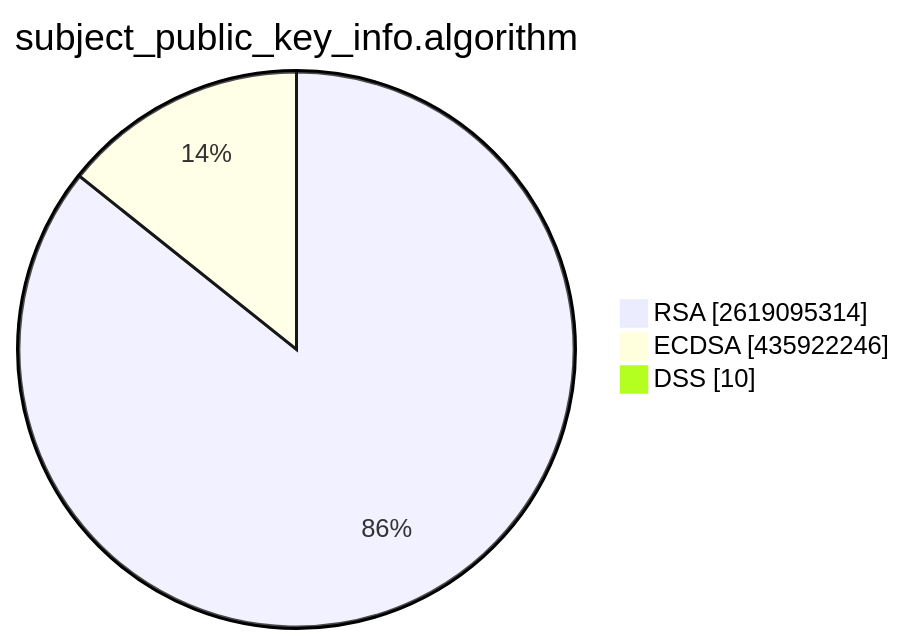
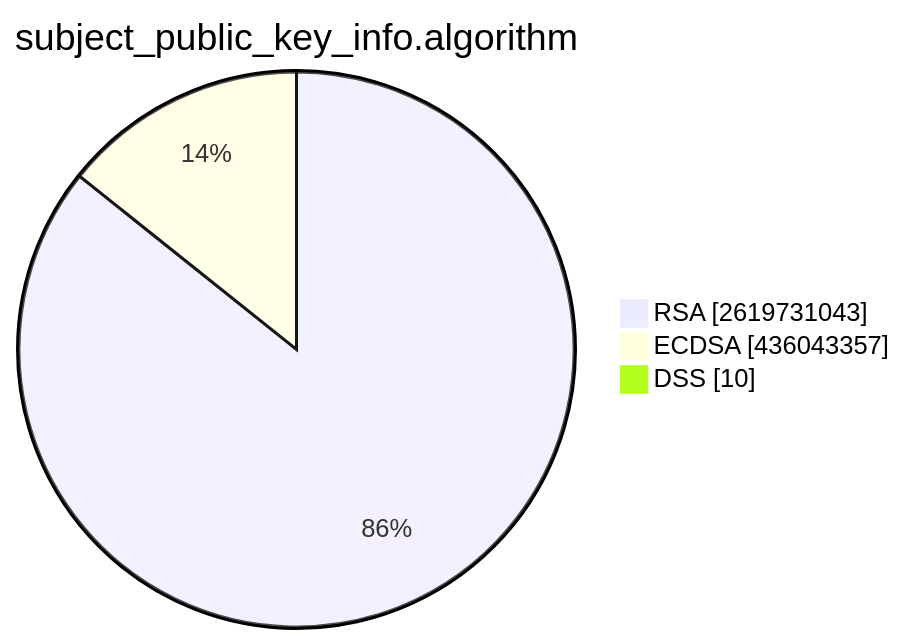
One commit to christiankrug/ctmonitor_visualization changed the second of 15 diagrams in TOTAL/README.md. Above: the diagram before and after it, drawn with Mermaid. The commit also changed other lines of this file, not shown here.

````diff
--- a/TOTAL/README.md
+++ b/TOTAL/README.md
@@ -6,7 +6,7 @@
 ```mermaid
 pie showData
 title subject_public_key_info.algorithm
-"RSA" :2619095314
-"ECDSA" :435922246
+"RSA" :2619731043
+"ECDSA" :436043357
 "DSS" :10
 ```
````
